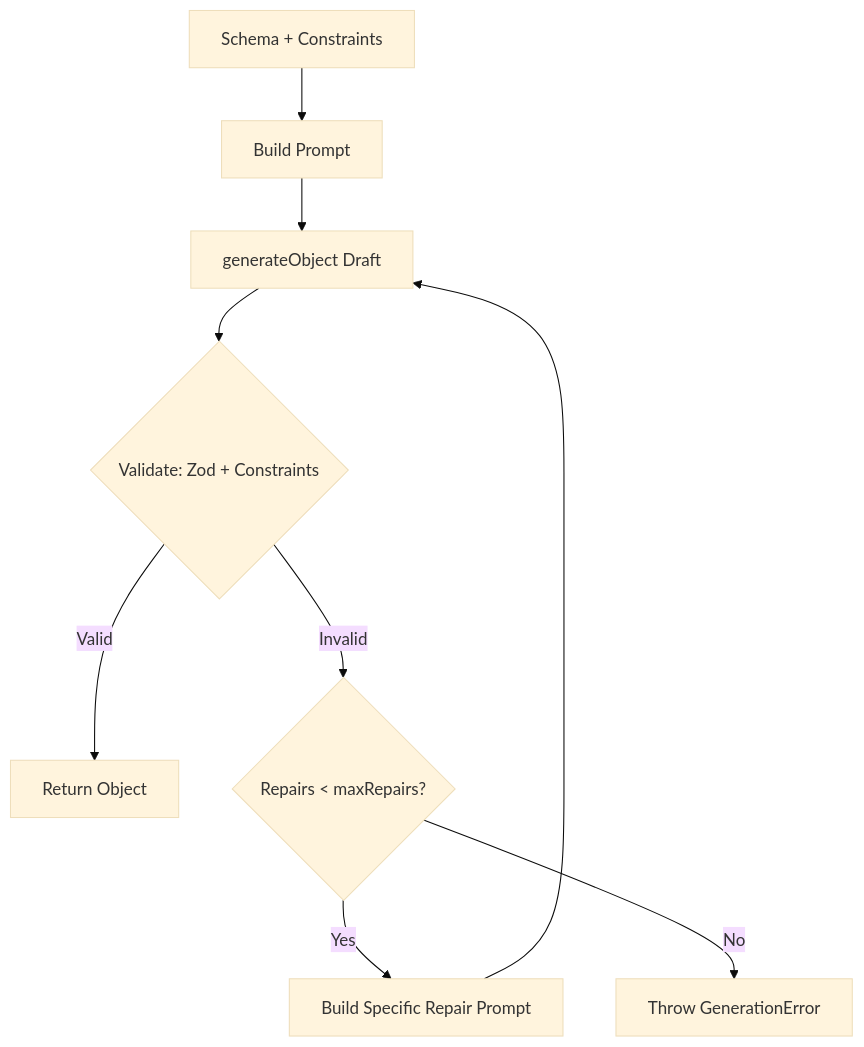
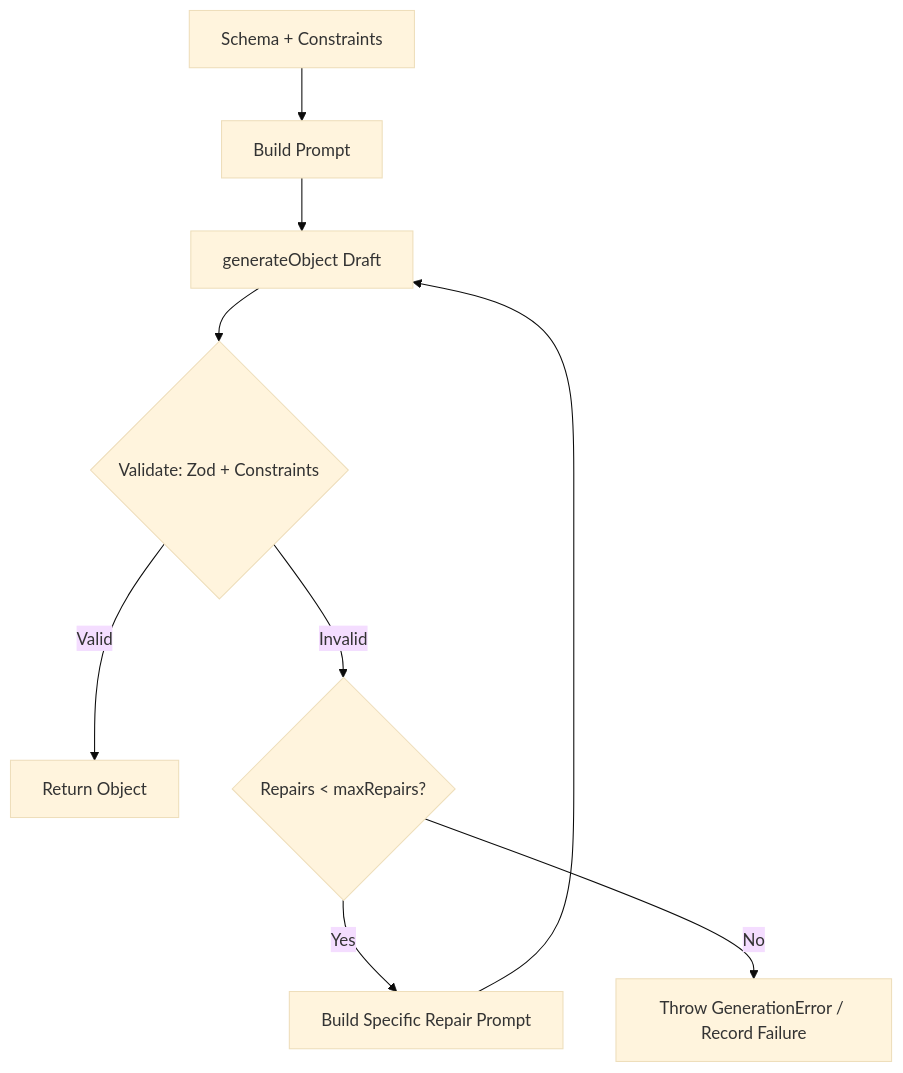
The diagram in README.md (Koval09/quest-forge), drawn with Mermaid (base theme) before and after one commit. The commit also changed other lines of this file, not shown here.

````diff
--- a/README.md
+++ b/README.md
@@ -164,11 +277,11 @@
 ```mermaid
 graph TD
     A[Schema + Constraints] --> B[Build Prompt]
     B --> C[generateObject Draft]
     C --> D{Validate: Zod + Constraints}
     D -- Valid --> E[Return Object]
     D -- Invalid --> F{Repairs < maxRepairs?}
     F -- Yes --> G[Build Specific Repair Prompt]
     G --> C
-    F -- No --> H[Throw GenerationError]
+    F -- No --> H[Throw GenerationError / Record Failure]
 ```
````
